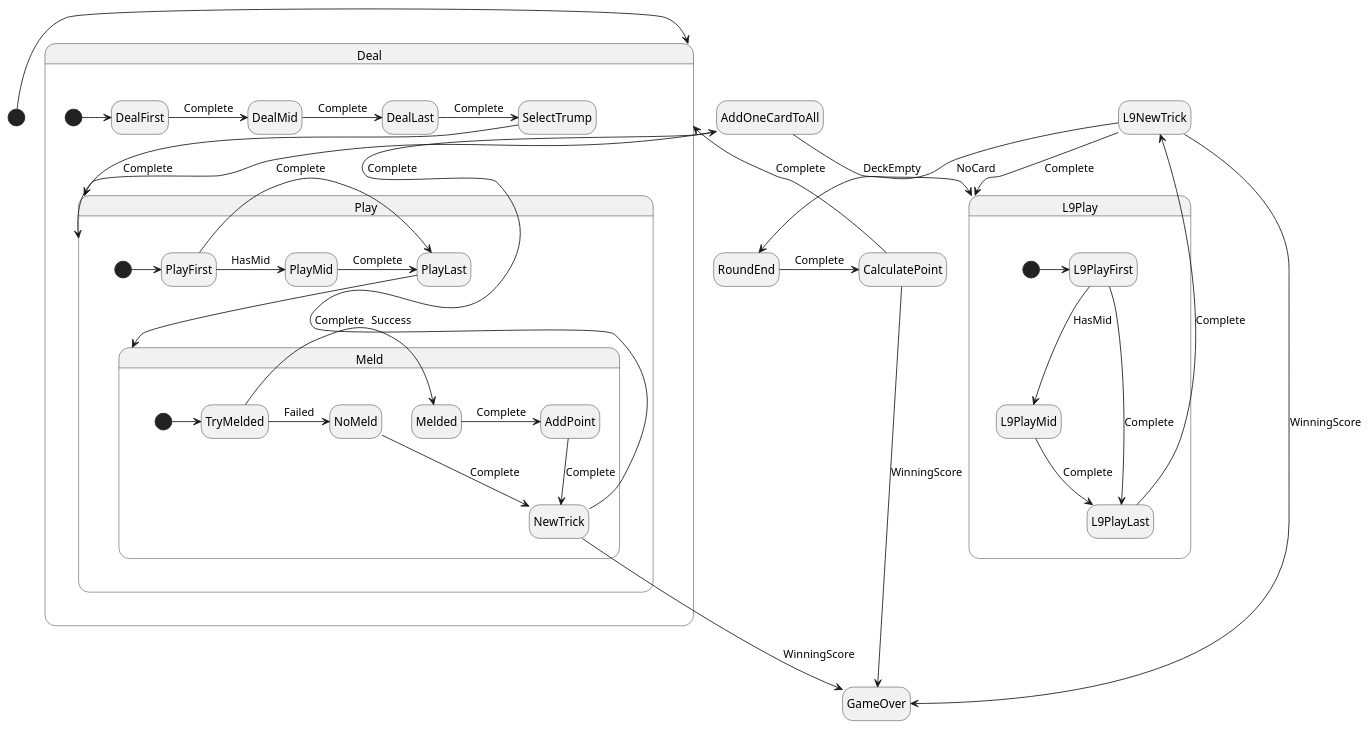
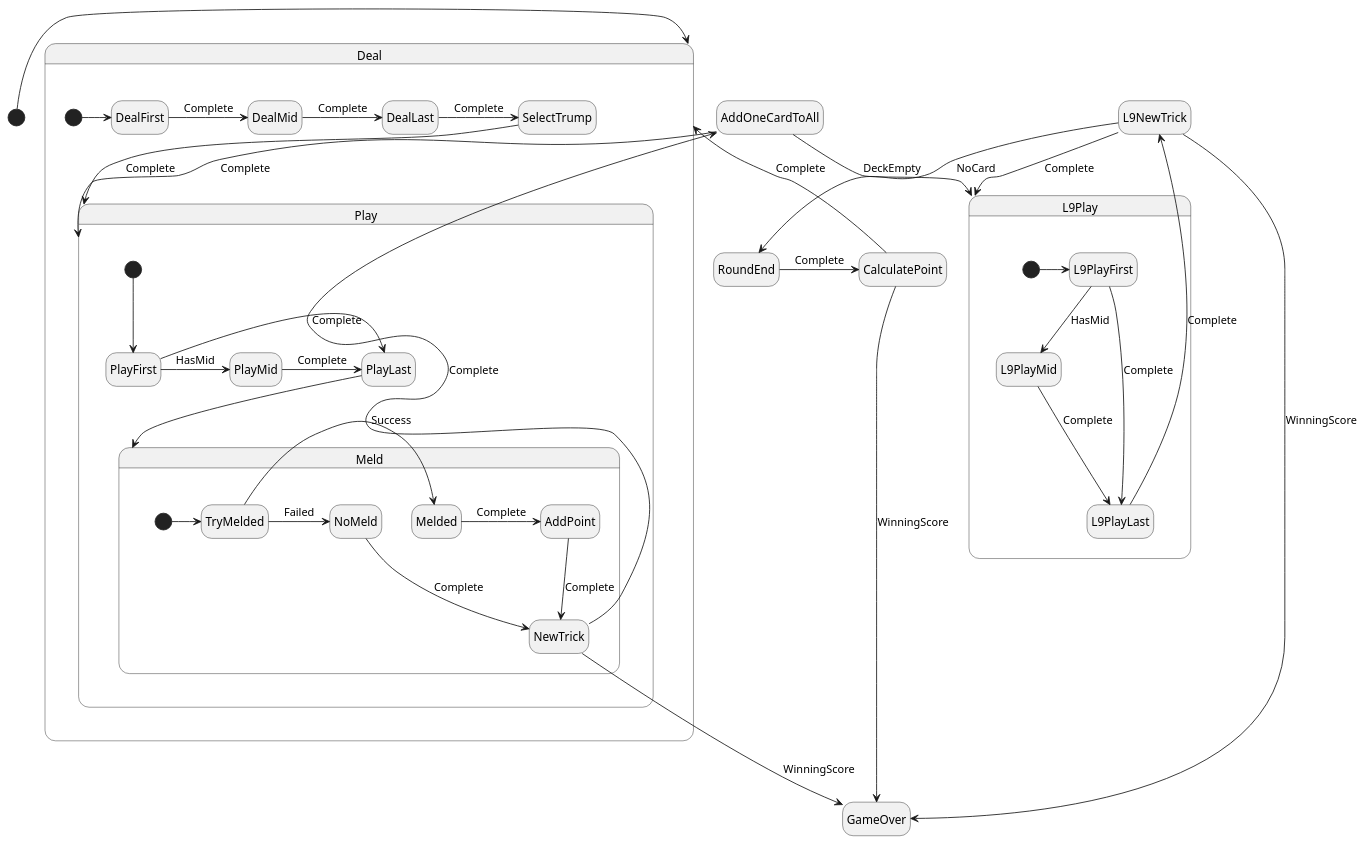
Before and after one commit to shefat2002/BeziqueCore: the diagram in BeziqueCore/Bezique.puml, drawn with PlantUML. The commit also changed 2 other files, not shown here.

```diff
--- a/BeziqueCore/Bezique.puml
+++ b/BeziqueCore/Bezique.puml
@@ -1,90 +1,90 @@
 @startuml
 
 /'! $CONFIG : toml
 SmRunnerSettings.transpilerId = "CSharp"
 
 [RenderConfig.CSharp]
 NameSpace =  "BeziqueCore;"
 '/
 
 hide empty description
 skinparam stateMessageAlignment center
 
 [*] -> Deal
 
 
 state Deal {
     state DealFirst
     state DealMid
     state DealLast
 
     [*] -> DealFirst
     DealFirst -> DealMid : Complete 
     DealMid -> DealLast : Complete
     DealLast -> SelectTrump : Complete 
     SelectTrump --> Play : Complete 
 }
 
 state Play {
     state PlayFirst
     state PlayMid
     state PlayLast
     
-    [*] -> PlayFirst
+    [*] --> PlayFirst
     PlayFirst -> PlayMid : HasMid
     PlayMid -> PlayLast : Complete
     PlayFirst -> PlayLast : Complete
     PlayLast --> Meld
 }
 
 state Meld{
     [*] -> TryMelded
     state Melded
     state NoMeld
     
     TryMelded -> Melded : Success
     TryMelded -> NoMeld : Failed
     
     Melded -> AddPoint : Complete
     NoMeld --> NewTrick : Complete
     
 }
 
 
 AddPoint --> NewTrick : Complete
 
 NewTrick -> AddOneCardToAll : Complete
 
 AddOneCardToAll --> Play : Complete
 
 AddOneCardToAll --> L9Play : DeckEmpty
 
 state L9Play{
     state L9PlayFirst
     state L9PlayMid
     state L9PlayLast
     
     [*]-> L9PlayFirst
     L9PlayFirst --> L9PlayMid : HasMid
     L9PlayMid --> L9PlayLast : Complete
     L9PlayFirst --> L9PlayLast : Complete
 }
 
 L9PlayLast --> L9NewTrick : Complete
 L9NewTrick --> L9Play : Complete
 
 L9NewTrick --> RoundEnd : NoCard
 CalculatePoint --> Deal : Complete
 
 
 RoundEnd -> CalculatePoint : Complete
 CalculatePoint -> GameOver : WinningScore
 NewTrick --> GameOver : WinningScore
 L9NewTrick -> GameOver : WinningScore
 
 
 
 
 
 
 @enduml
```
